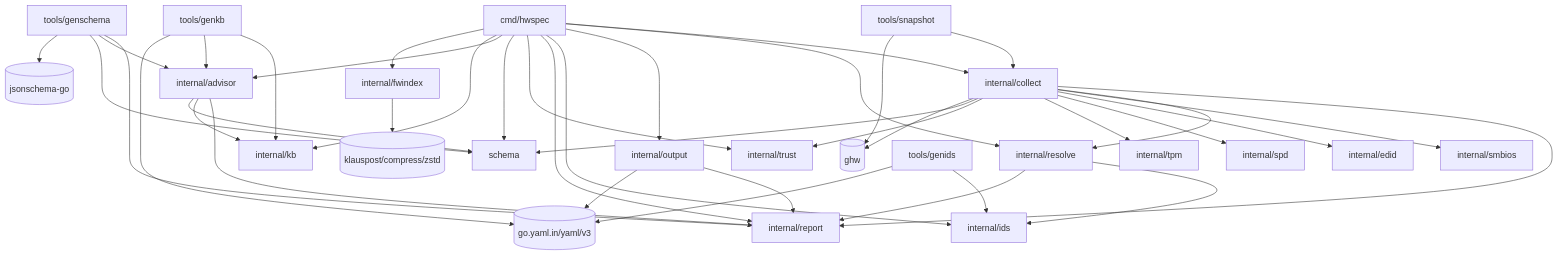
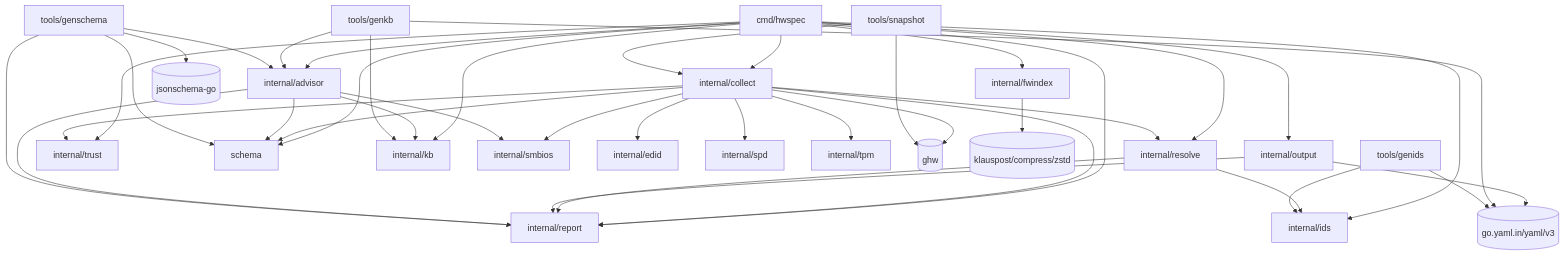
Before and after one commit to jiegui2025/hwspec: the second of 3 diagrams in ARCHITECTURE.md, drawn with Mermaid. The commit also changed other lines of this file and 8 other files, not shown here.

````diff
--- a/ARCHITECTURE.md
+++ b/ARCHITECTURE.md
@@ -44,22 +44,22 @@
 ```mermaid
 flowchart TD
   cmd[cmd/hwspec] --> collect & resolve & output & ids & report & trust & schema & advisor & kb & fwindex
   collect[internal/collect] --> report & resolve & smbios & edid & spd & tpm & trust & schema & ghw[(ghw)]
   resolve[internal/resolve] --> ids & report
   output[internal/output] --> report & yaml[(go.yaml.in/yaml/v3)]
-  advisor[internal/advisor] --> report & kb & schema
+  advisor[internal/advisor] --> report & kb & schema & smbios
   fwindex[internal/fwindex] --> zstd[(klauspost/compress/zstd)]
   genkb[tools/genkb] --> kb & advisor & yaml
   kb[internal/kb]
   genids[tools/genids] --> ids & yaml
   snapshot[tools/snapshot] --> collect & ghw
   genschema[tools/genschema] --> report & advisor & schema & jsonschema[(jsonschema-go)]
   schema[schema]
   ids[internal/ids]
   report[internal/report]
   smbios[internal/smbios]
   edid[internal/edid]
   spd[internal/spd]
   tpm[internal/tpm]
   trust[internal/trust]
 ```
````
